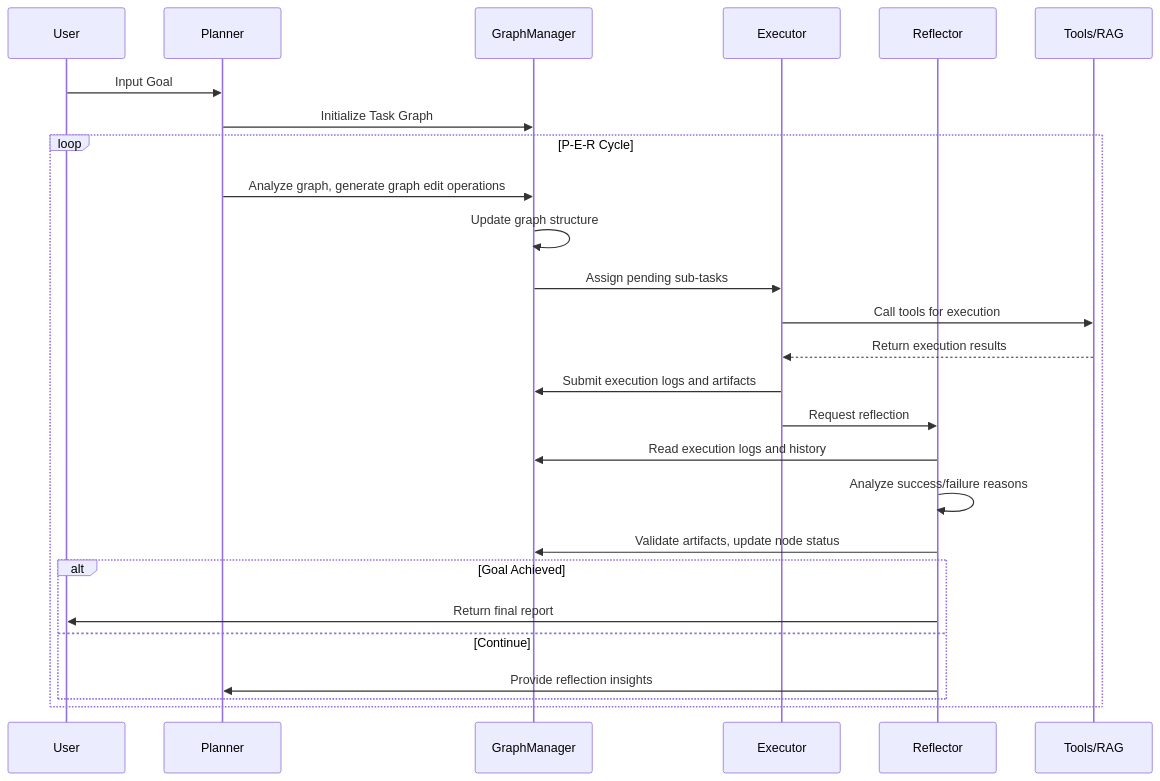
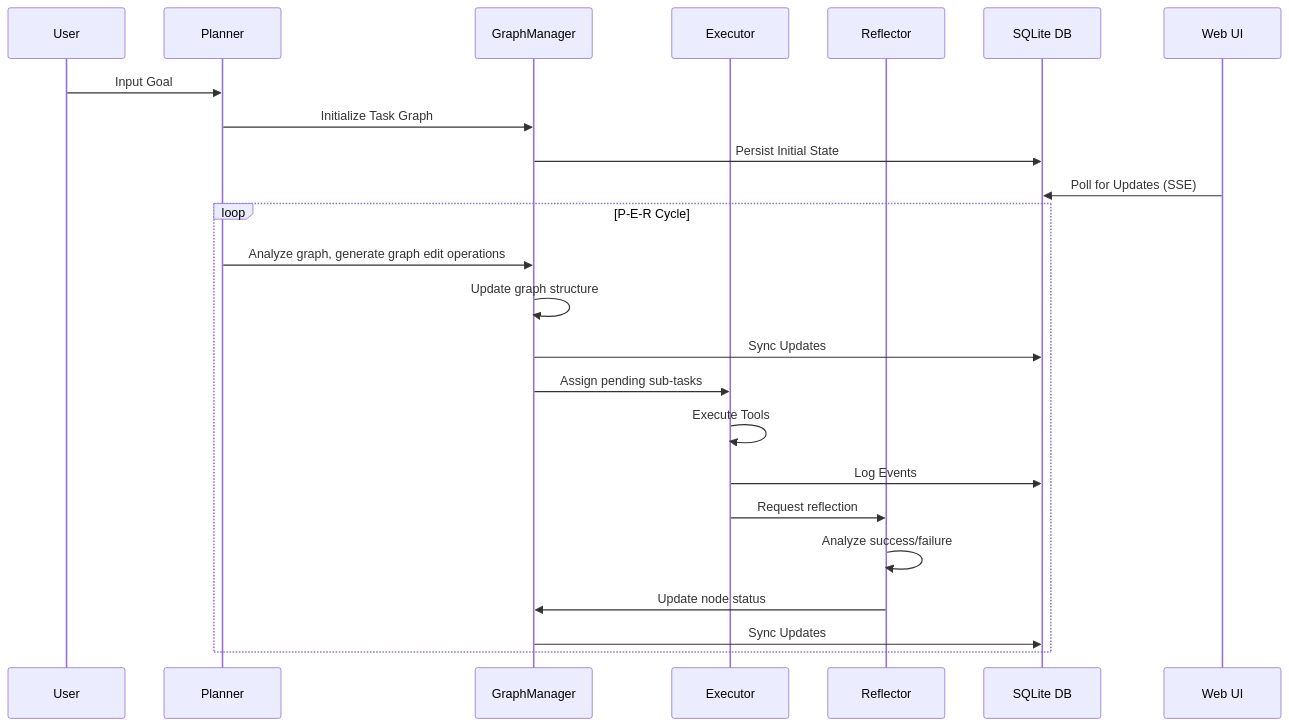
Before and after one commit to SanMuzZzZz/LuaN1aoAgent: the second of 2 diagrams in README.md, drawn with Mermaid. The commit also changed other lines of this file and 5 other files, not shown here.

````diff
--- a/README.md
+++ b/README.md
@@ -389,33 +401,30 @@
 ```mermaid
 sequenceDiagram
     participant U as User
     participant P as Planner
     participant G as GraphManager
     participant E as Executor
     participant R as Reflector
-    participant T as Tools/RAG
+    participant DB as SQLite DB
+    participant W as Web UI
 
     U->>P: Input Goal
     P->>G: Initialize Task Graph
+    G->>DB: Persist Initial State
+    W->>DB: Poll for Updates (SSE)
     
     loop P-E-R Cycle
         P->>G: Analyze graph, generate graph edit operations
         G->>G: Update graph structure
+        G->>DB: Sync Updates
         G->>E: Assign pending sub-tasks
         
-        E->>T: Call tools for execution
-        T-->>E: Return execution results
-        E->>G: Submit execution logs and artifacts
+        E->>E: Execute Tools
+        E->>DB: Log Events
         
         E->>R: Request reflection
-        R->>G: Read execution logs and history
-        R->>R: Analyze success/failure reasons
-        R->>G: Validate artifacts, update node status
-        
-        alt Goal Achieved
-            R->>U: Return final report
-        else Continue
-            R->>P: Provide reflection insights
-        end
+        R->>R: Analyze success/failure
+        R->>G: Update node status
+        G->>DB: Sync Updates
     end
 ```
````
